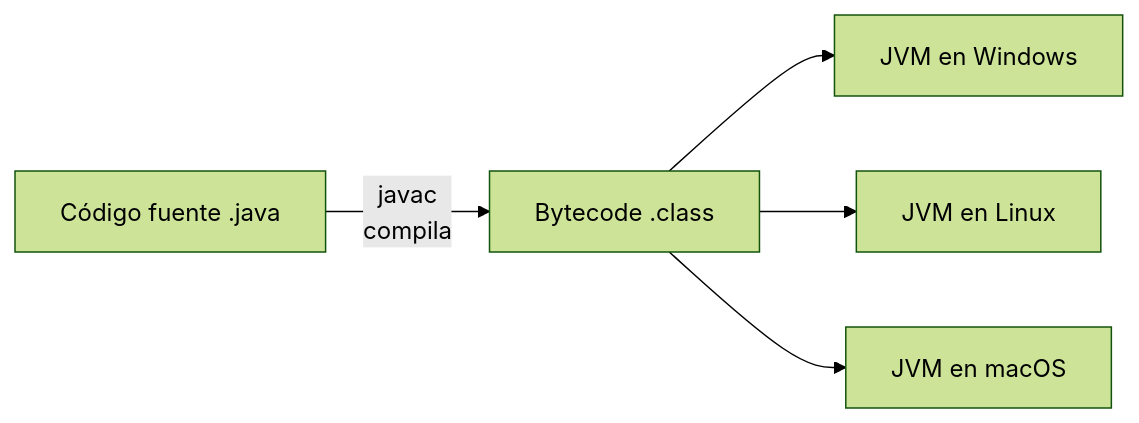
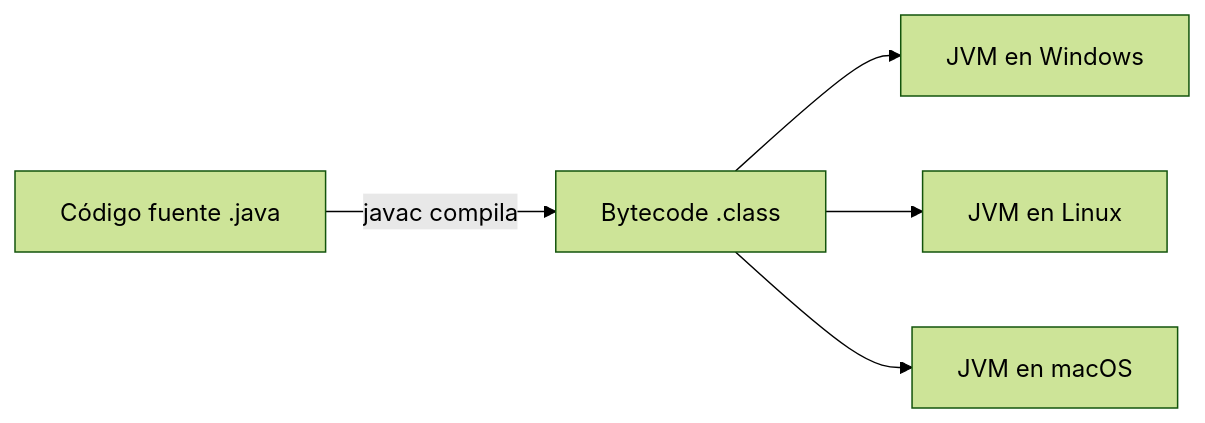
Before and after one commit to elblo/prog2526apuntes: the second of 2 diagrams in docs/01introduccion.md, drawn with Mermaid (forest theme). The commit also changed 1 other file, not shown here.

Commit message:
Ocultados temas y solucionado problema diagrama mermaid

````diff
--- a/docs/01introduccion.md
+++ b/docs/01introduccion.md
@@ -309,7 +309,7 @@
 ```mermaid
 flowchart LR
-    A[Código fuente .java] -->|javac<br/>compila| B[Bytecode .class]
+    A[Código fuente .java] -->|javac compila| B[Bytecode .class]
     B --> C[JVM en Windows]
     B --> D[JVM en Linux]
     B --> E[JVM en macOS]
 ```
````
